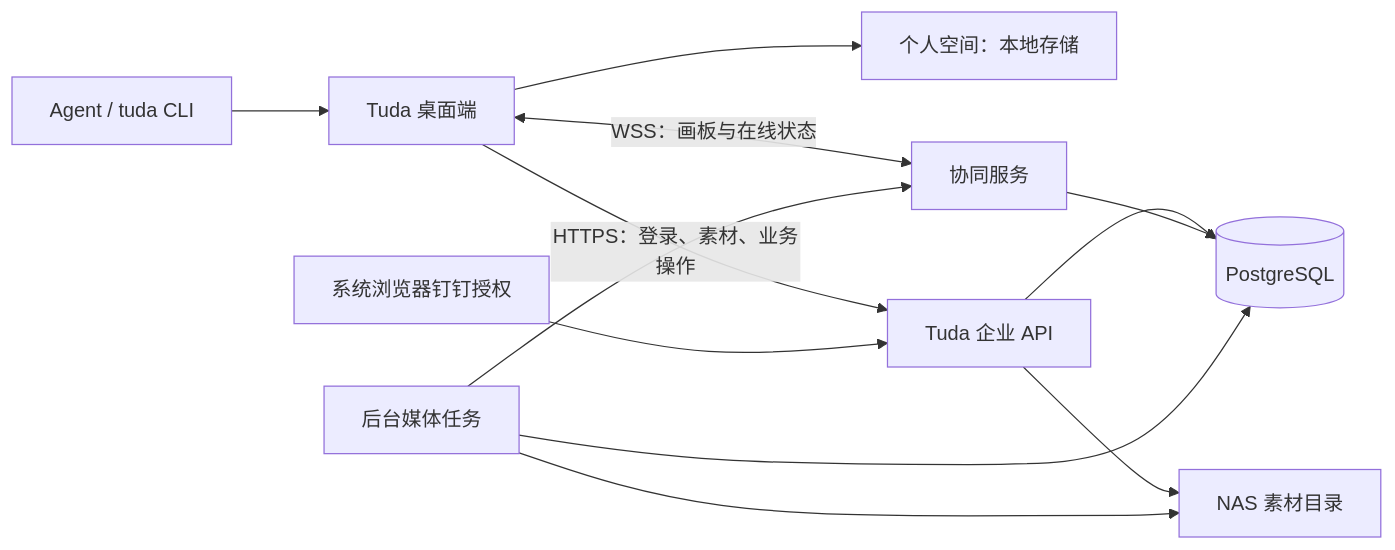
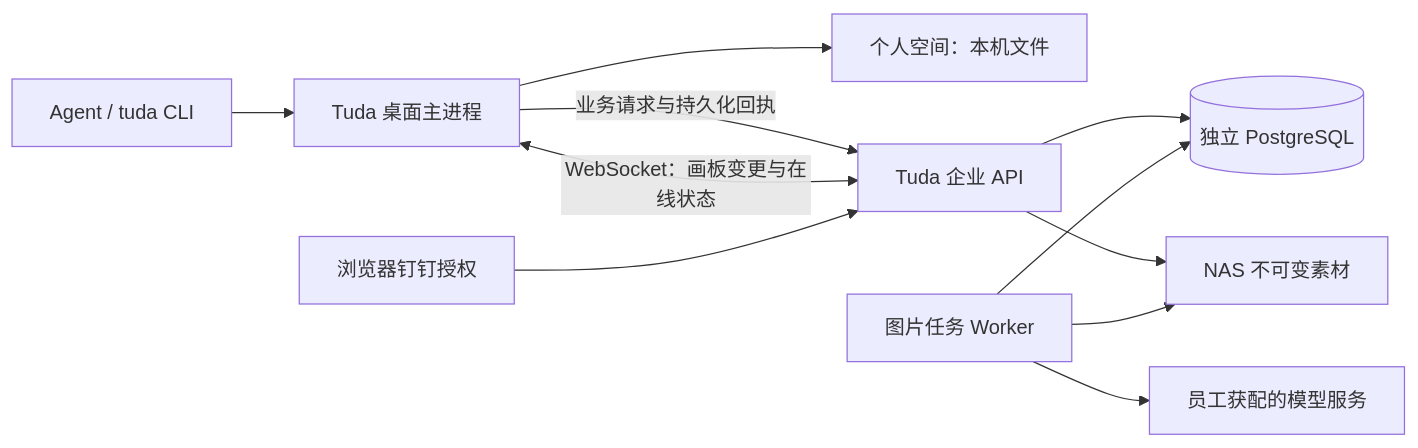
The diagram in docs/tuda-enterprise-space-architecture.md (petercjl/iterlay), drawn with Mermaid before and after one commit. The commit also changed other lines of this file and 59 other files, not shown here.

````diff
--- a/docs/tuda-enterprise-space-architecture.md
+++ b/docs/tuda-enterprise-space-architecture.md
@@ -26,14 +13,13 @@
 ```mermaid
 flowchart LR
-    Desktop[Tuda 桌面端] --> Local[个人空间：本地存储]
-    CLI[Agent / tuda CLI] --> Desktop
-    Desktop -->|HTTPS：登录、素材、业务操作| API[Tuda 企业 API]
-    Desktop <-->|WSS：画板与在线状态| Sync[协同服务]
-    Browser[系统浏览器钉钉授权] --> API
-    API --> DB[(PostgreSQL)]
-    Sync --> DB
-    API --> Files[NAS 素材目录]
-    Worker[后台媒体任务] --> Files
-    Worker --> DB
-    Worker --> Sync
+    Agent[Agent / tuda CLI] --> Desktop[Tuda 桌面主进程]
+    Desktop --> Local[个人空间：本机文件]
+    Desktop -->|业务请求与持久化回执| API[Tuda 企业 API]
+    Desktop <-->|WebSocket：画板变更与在线状态| API
+    Browser[浏览器钉钉授权] --> API
+    API --> DB[(独立 PostgreSQL)]
+    API --> Files[NAS 不可变素材]
+    Worker[图片任务 Worker] --> DB
+    Worker --> Files
+    Worker --> Models[员工获配的模型服务]
 ```
````
